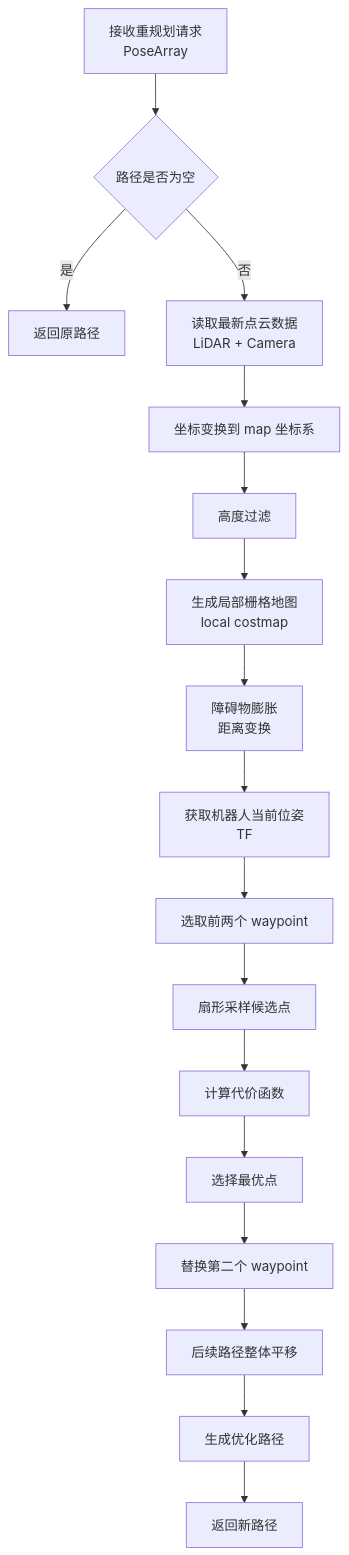
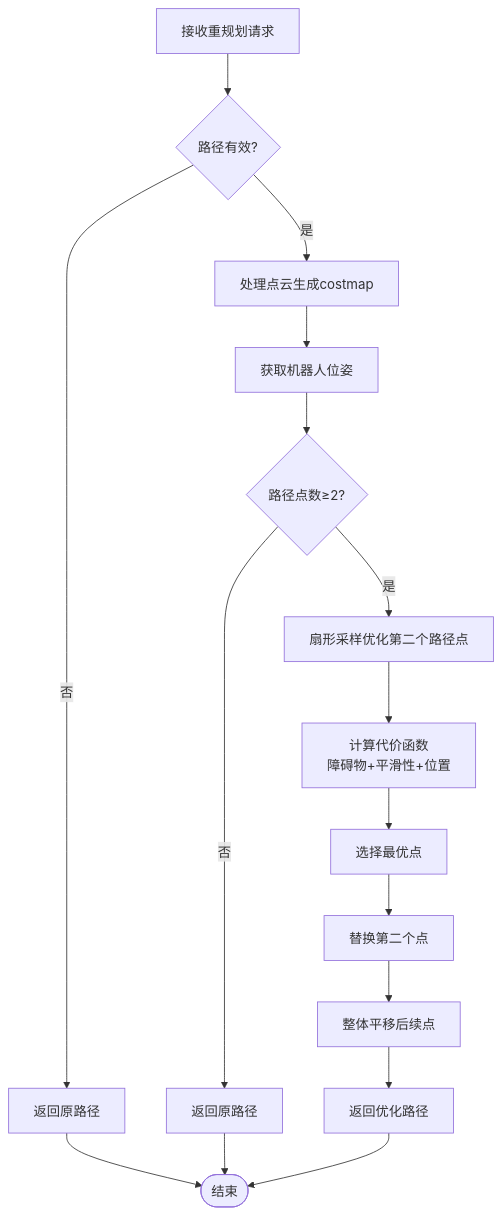
One commit to laohao78/light-map-navigation-main changed the second of 8 diagrams in 0315.md. Above: the diagram before and after it, drawn with Mermaid. The commit also changed other lines of this file and 3 other files, not shown here.

````diff
--- a/0315.md
+++ b/0315.md
@@ -47,27 +46,23 @@
 ```mermaid
 flowchart TD
-
-A[接收重规划请求<br/>PoseArray] --> B{路径是否为空}
-B -- 是 --> Z[返回原路径]
-B -- 否 --> C[读取最新点云数据<br/>LiDAR + Camera]
-
-C --> D[坐标变换到 map 坐标系]
-D --> E[高度过滤]
-
-E --> F[生成局部栅格地图<br/>local costmap]
-F --> G[障碍物膨胀<br/>距离变换]
-
-G --> H[获取机器人当前位姿<br/>TF]
-
-H --> I[选取前两个 waypoint]
-I --> J[扇形采样候选点]
-
-J --> K[计算代价函数]
-K --> L[选择最优点]
-
-L --> M[替换第二个 waypoint]
-M --> N[后续路径整体平移]
-
-N --> O[生成优化路径]
-O --> P[返回新路径]
+    A[接收重规划请求] --> B{路径有效?}
+    B -->|否| Z[返回原路径]
+    
+    B -->|是| C[处理点云生成costmap]
+    C --> D[获取机器人位姿]
+    D --> E{路径点数≥2?}
+    
+    E -->|否| F[返回原路径]
+    E -->|是| G[扇形采样优化第二个路径点]
+    
+    G --> H[计算代价函数<br/>障碍物+平滑性+位置]
+    H --> I[选择最优点]
+    
+    I --> J[替换第二个点]
+    J --> K[整体平移后续点]
+    K --> L[返回优化路径]
+    
+    Z --> M([结束])
+    F --> M
+    L --> M
 ```
````
